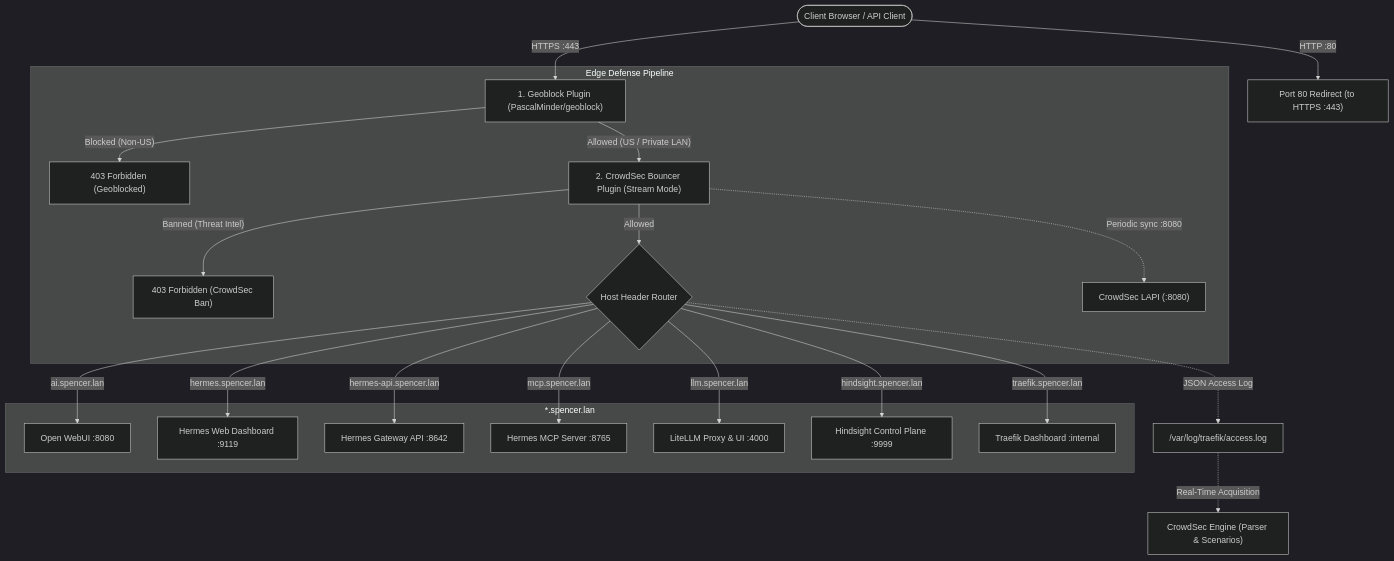
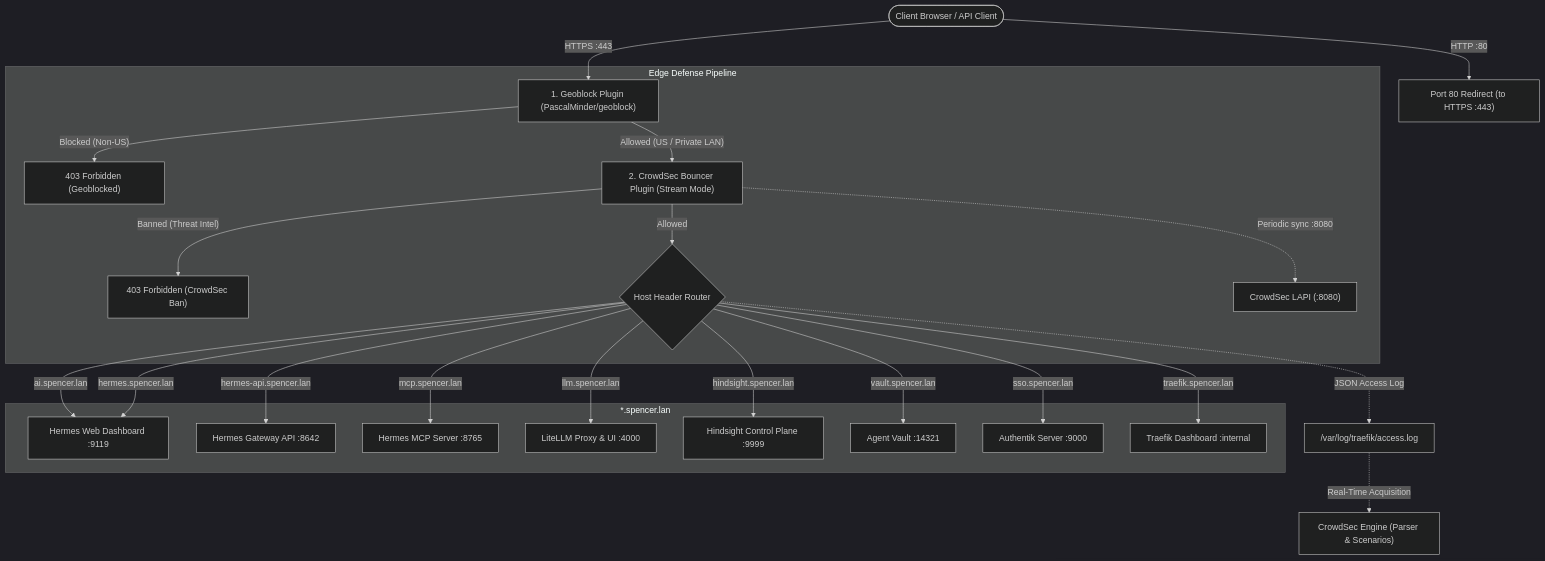
One commit to jamesbspencer/homelab changed the diagram in docs/traefik.md. Above: the diagram before and after it, drawn with Mermaid (dark theme). The commit also changed 15 other files, not shown here.

Commit message:
docs: purge Open WebUI references across active documentation

````diff
--- a/docs/traefik.md
+++ b/docs/traefik.md
@@ -20,26 +20,28 @@
 ```mermaid
 flowchart TD
     Client([Client Browser / API Client]) -->|HTTP :80| Redirect["Port 80 Redirect (to HTTPS :443)"]
     Client -->|HTTPS :443| Geo["1. Geoblock Plugin (PascalMinder/geoblock)"]
     
     subgraph Edge Defense Pipeline
         Geo -- "Blocked (Non-US)" --> GeoBlock["403 Forbidden (Geoblocked)"]
         Geo -- "Allowed (US / Private LAN)" --> Bouncer["2. CrowdSec Bouncer Plugin (Stream Mode)"]
         Bouncer -- "Banned (Threat Intel)" --> CSBlock["403 Forbidden (CrowdSec Ban)"]
         Bouncer -- "Allowed" --> Router{"Host Header Router"}
         Bouncer -.->|Periodic sync :8080| LAPI["CrowdSec LAPI (:8080)"]
     end
 
     subgraph Service Routing [*.spencer.lan]
-        Router -->|ai.spencer.lan| OpenWebUI[Open WebUI :8080]
-        Router -->|hermes.spencer.lan| HermesDash[Hermes Web Dashboard :9119]
+        Router -->|ai.spencer.lan| HermesDash[Hermes Web Dashboard :9119]
+        Router -->|hermes.spencer.lan| HermesDash
         Router -->|hermes-api.spencer.lan| HermesGateway[Hermes Gateway API :8642]
         Router -->|mcp.spencer.lan| HermesMCP[Hermes MCP Server :8765]
         Router -->|llm.spencer.lan| LiteLLM[LiteLLM Proxy & UI :4000]
         Router -->|hindsight.spencer.lan| HindsightUI[Hindsight Control Plane :9999]
+        Router -->|vault.spencer.lan| AgentVault[Agent Vault :14321]
+        Router -->|sso.spencer.lan| Authentik[Authentik Server :9000]
         Router -->|traefik.spencer.lan| TraefikDash[Traefik Dashboard :internal]
     end
 
     Router -.->|JSON Access Log| AccessLog["/var/log/traefik/access.log"]
     AccessLog -.->|Real-Time Acquisition| CrowdSecEngine["CrowdSec Engine (Parser & Scenarios)"]
 ```
````
